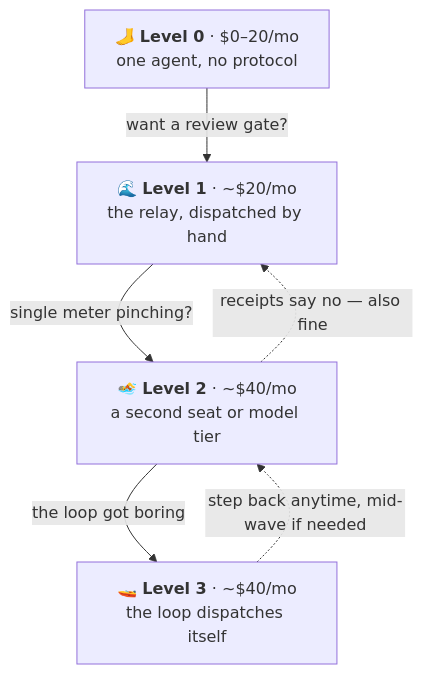
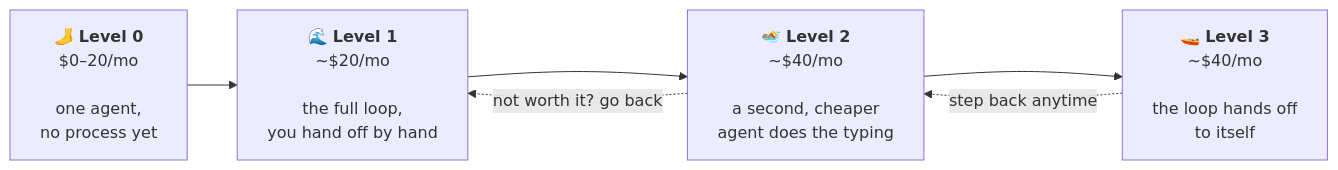
The second of 2 diagrams in README.md (Sethysethyseth/the-poor-mans-agentic-workflow), drawn with Mermaid before and after one commit. The commit also changed other lines of this file and 1 other file, not shown here.

````diff
--- a/README.md
+++ b/README.md
@@ -159,12 +169,10 @@
 ```mermaid
-flowchart TD
-    L0["🦶 <b>Level 0</b> · $0–20/mo<br/>one agent, no protocol"]
-    L1["🌊 <b>Level 1</b> · ~$20/mo<br/>the relay, dispatched by hand"]
-    L2["🏊 <b>Level 2</b> · ~$40/mo<br/>a second seat or model tier"]
-    L3["🚤 <b>Level 3</b> · ~$40/mo<br/>the loop dispatches itself"]
-    L0 -- "want a review gate?" --> L1
-    L1 -- "single meter pinching?" --> L2
-    L2 -- "the loop got boring" --> L3
-    L2 -. "receipts say no — also fine" .-> L1
-    L3 -. "step back anytime, mid-wave if needed" .-> L2
+flowchart LR
+    L0["🦶 <b>Level 0</b><br/>$0–20/mo<br/><br/>one agent,<br/>no process yet"]
+    L1["🌊 <b>Level 1</b><br/>~$20/mo<br/><br/>the full loop,<br/>you hand off by hand"]
+    L2["🏊 <b>Level 2</b><br/>~$40/mo<br/><br/>a second, cheaper<br/>agent does the typing"]
+    L3["🚤 <b>Level 3</b><br/>~$40/mo<br/><br/>the loop hands off<br/>to itself"]
+    L0 --> L1 --> L2 --> L3
+    L2 -.->|"not worth it? go back"| L1
+    L3 -.->|"step back anytime"| L2
 ```
````
